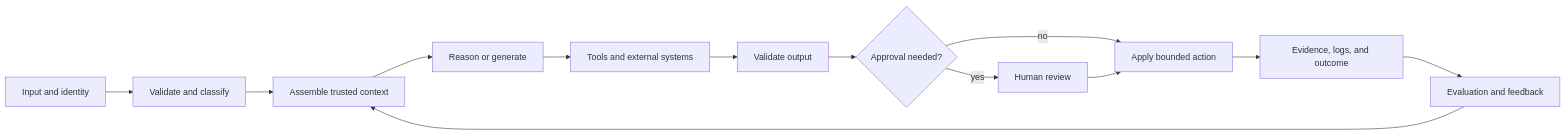
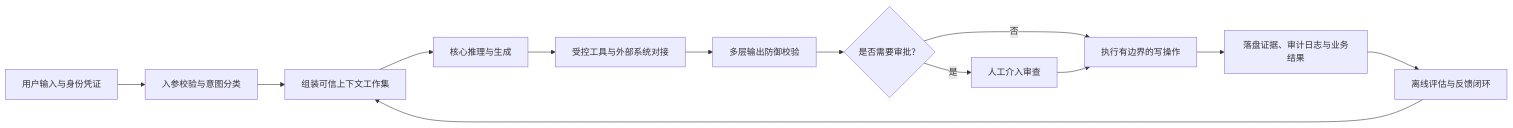
The diagram in certifications/claude/lessons/23-end-to-end-architecture-and-value-tradeoffs/docs/en.md (cluster1900/ai-engineering-from-scratch-zh), drawn with Mermaid before and after one commit. The commit also changed other lines of this file and 187 other files, not shown here.

````diff
--- a/certifications/claude/lessons/23-end-to-end-architecture-and-value-tradeoffs/docs/en.md
+++ b/certifications/claude/lessons/23-end-to-end-architecture-and-value-tradeoffs/docs/en.md
@@ -40,15 +32,15 @@
 ```mermaid
 flowchart LR
-    I["Input and identity"] --> V["Validate and classify"]
-    V --> C["Assemble trusted context"]
-    C --> R["Reason or generate"]
-    R --> T["Tools and external systems"]
-    T --> O["Validate output"]
-    O --> H{"Approval needed?"}
-    H -->|"yes"| P["Human review"]
-    H -->|"no"| A["Apply bounded action"]
+    I["用户输入与身份凭证"] --> V["入参校验与意图分类"]
+    V --> C["组装可信上下文工作集"]
+    C --> R["核心推理与生成"]
+    R --> T["受控工具与外部系统对接"]
+    T --> O["多层输出防御校验"]
+    O --> H{"是否需要审批？"}
+    H -->|"是"| P["人工介入审查"]
+    H -->|"否"| A["执行有边界的写操作"]
     P --> A
-    A --> E["Evidence, logs, and outcome"]
-    E --> F["Evaluation and feedback"]
+    A --> E["落盘证据、审计日志与业务结果"]
+    E --> F["离线评估与反馈闭环"]
     F --> C
 ```
````
